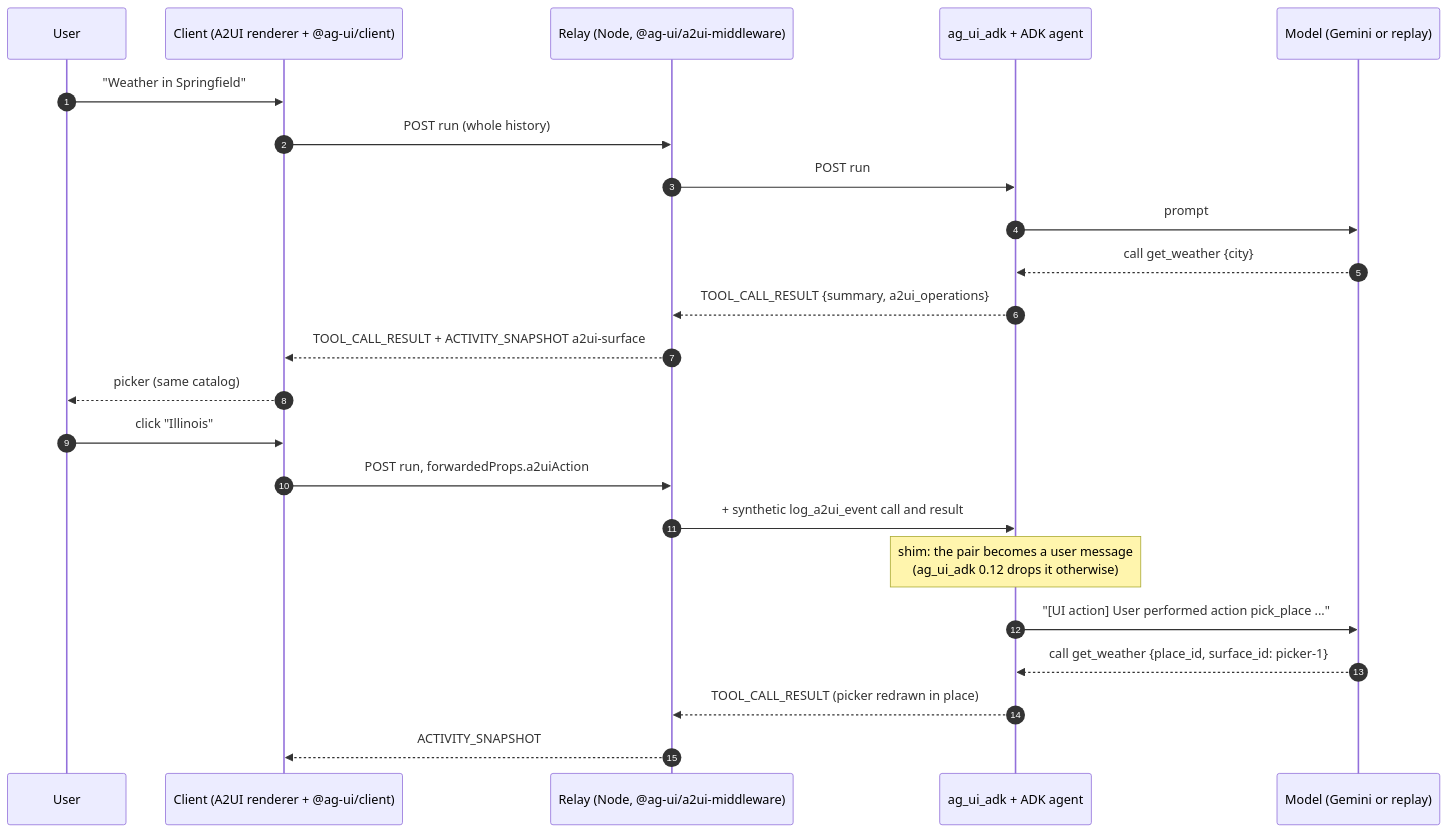
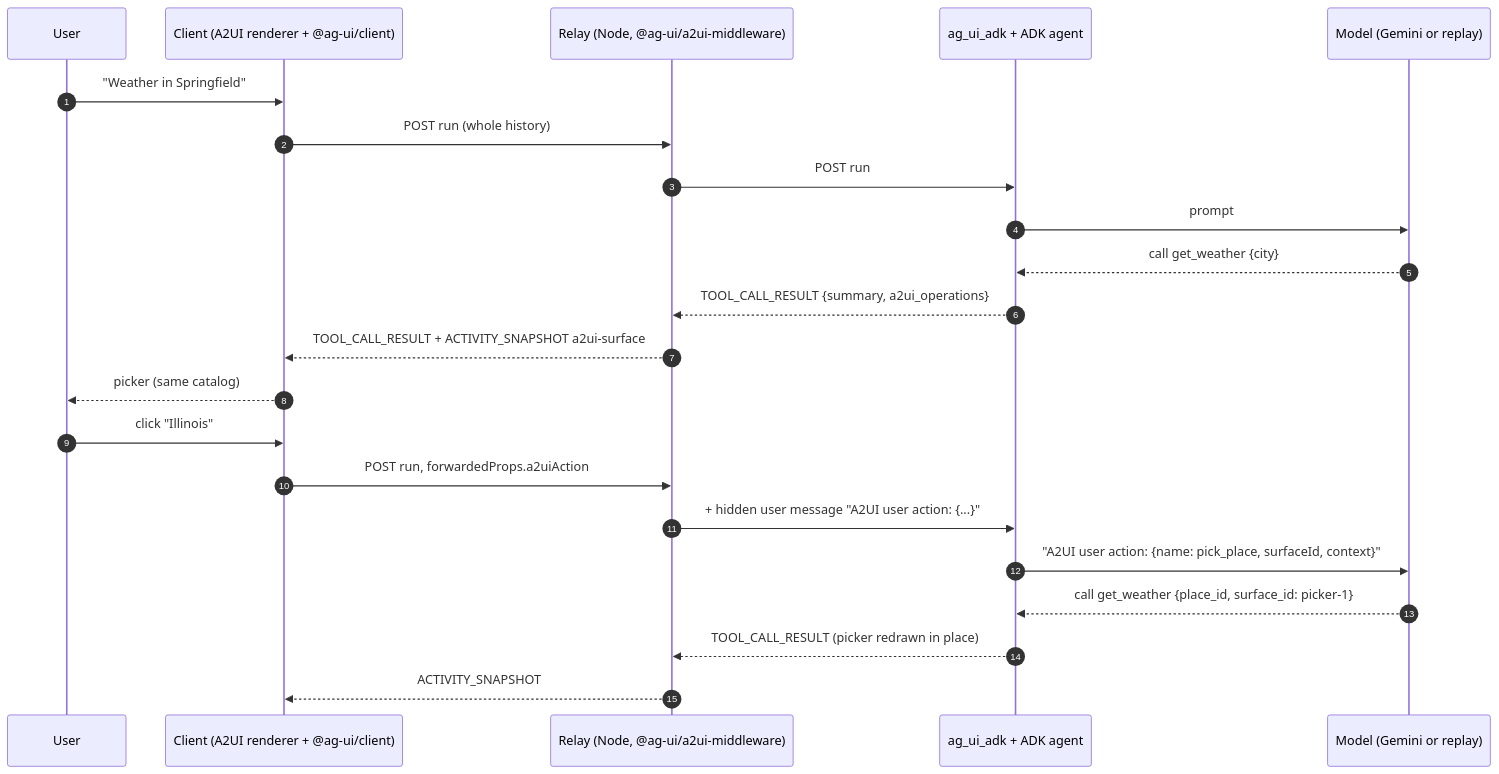
The fourth of 5 diagrams in docs/ARCHITECTURE.md (batou9150/agentic-ui-compared), drawn with Mermaid before and after one commit. The commit also changed other lines of this file and 37 other files, not shown here.

````diff
--- a/docs/ARCHITECTURE.md
+++ b/docs/ARCHITECTURE.md
@@ -125,25 +126,24 @@
 ```mermaid
 sequenceDiagram
   autonumber
   participant U as User
   participant C as Client (A2UI renderer + @ag-ui/client)
   participant R as Relay (Node, @ag-ui/a2ui-middleware)
   participant A as ag_ui_adk + ADK agent
   participant M as Model (Gemini or replay)
   U->>C: "Weather in Springfield"
   C->>R: POST run (whole history)
   R->>A: POST run
   A->>M: prompt
   M-->>A: call get_weather {city}
   A-->>R: TOOL_CALL_RESULT {summary, a2ui_operations}
   R-->>C: TOOL_CALL_RESULT + ACTIVITY_SNAPSHOT a2ui-surface
   C-->>U: picker (same catalog)
   U->>C: click "Illinois"
   C->>R: POST run, forwardedProps.a2uiAction
-  R->>A: + synthetic log_a2ui_event call and result
-  Note over A: shim: the pair becomes a user message<br/>(ag_ui_adk 0.12 drops it otherwise)
-  A->>M: "[UI action] User performed action pick_place ..."
+  R->>A: + hidden user message "A2UI user action: {...}"
+  A->>M: "A2UI user action: {name: pick_place, surfaceId, context}"
   M-->>A: call get_weather {place_id, surface_id: picker-1}
   A-->>R: TOOL_CALL_RESULT (picker redrawn in place)
   R-->>C: ACTIVITY_SNAPSHOT
 ```
````
